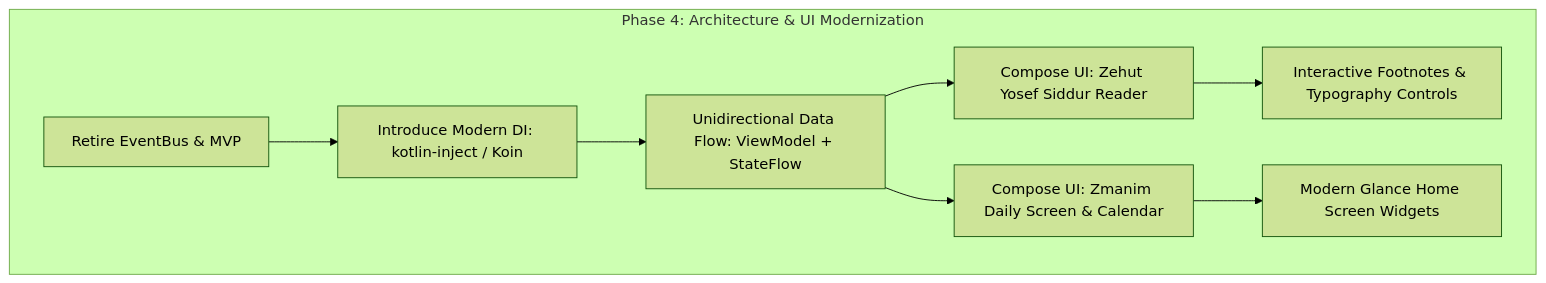
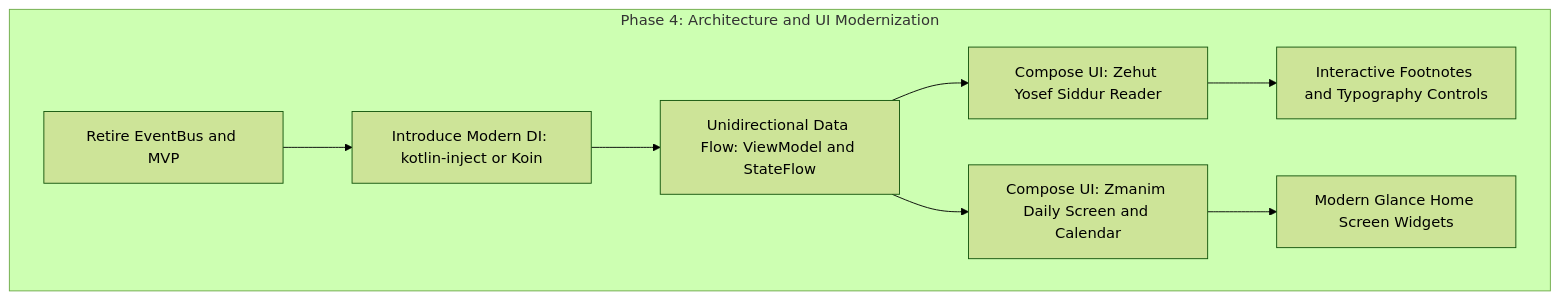
The fifth of 7 diagrams in docs/superpowers/specs/master-roadmap.md (jgindin/zmanim), drawn with Mermaid (forest theme) before and after one commit. The commit also changed other lines of this file and 1 other file, not shown here.

Commit message:
Fix mermaid syntax across master roadmap and implementation plan

````diff
--- a/docs/superpowers/specs/master-roadmap.md
+++ b/docs/superpowers/specs/master-roadmap.md
@@ -180,11 +180,11 @@
 ```mermaid
-graph TD
-    subgraph "Phase 4: Architecture & UI Modernization"
-        A1[Retire EventBus & MVP] --> A2[Introduce Modern DI: kotlin-inject / Koin]
-        A2 --> A3[Unidirectional Data Flow: ViewModel + StateFlow]
-        A3 --> A4[Compose UI: Zmanim Daily Screen & Calendar]
-        A3 --> A5[Compose UI: Zehut Yosef Siddur Reader]
-        A5 --> A6[Interactive Footnotes & Typography Controls]
-        A4 --> A7[Modern Glance Home Screen Widgets]
+flowchart TD
+    subgraph Modernization ["Phase 4: Architecture and UI Modernization"]
+        A1["Retire EventBus and MVP"] --> A2["Introduce Modern DI: kotlin-inject or Koin"]
+        A2 --> A3["Unidirectional Data Flow: ViewModel and StateFlow"]
+        A3 --> A4["Compose UI: Zmanim Daily Screen and Calendar"]
+        A3 --> A5["Compose UI: Zehut Yosef Siddur Reader"]
+        A5 --> A6["Interactive Footnotes and Typography Controls"]
+        A4 --> A7["Modern Glance Home Screen Widgets"]
     end
 ```
````
